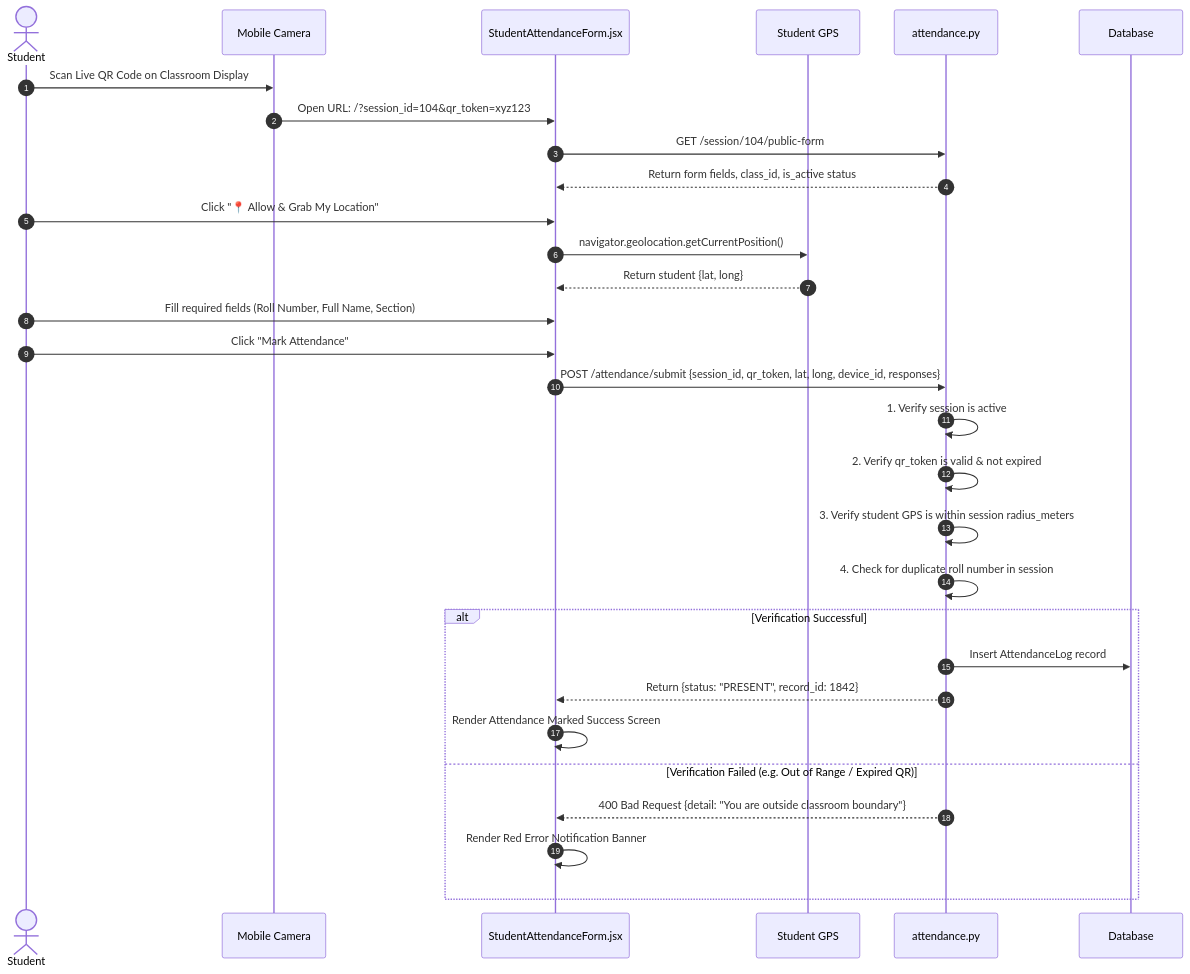
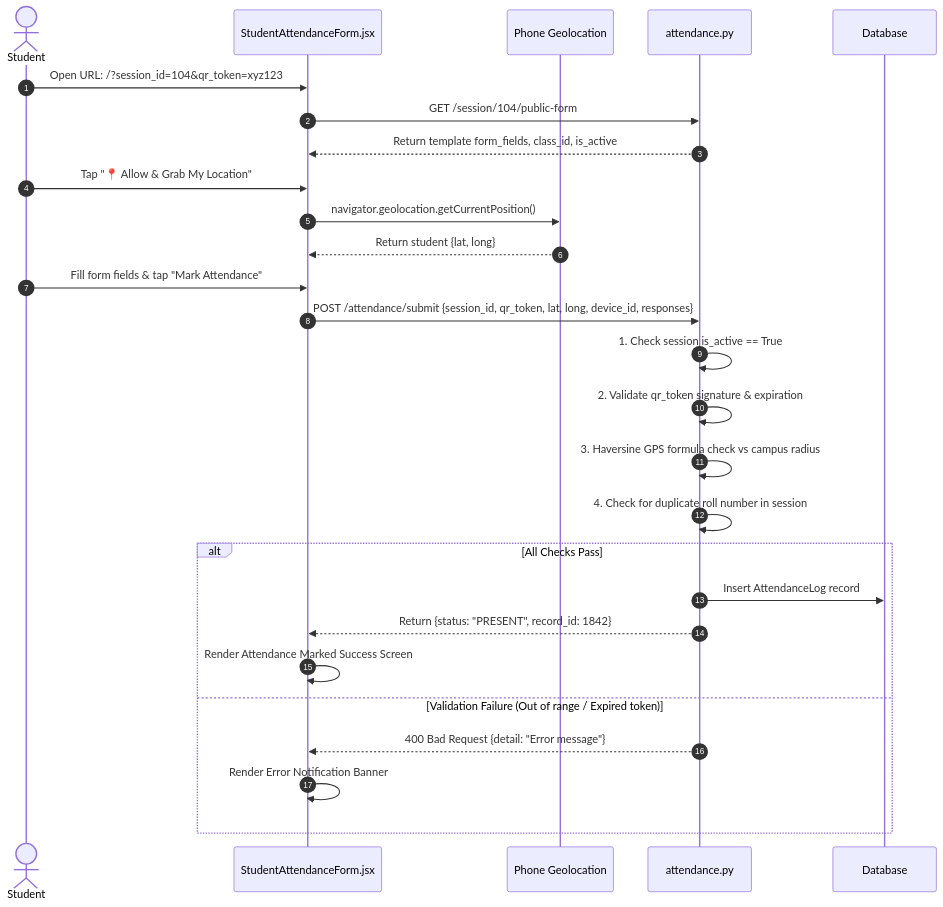
One commit to Arjunpurwar2005/qr-code-generator changed the third of 4 diagrams in WIRE_FRAMES_AND_USER_FLOW.md. Above: the diagram before and after it, drawn with Mermaid. The commit also changed other lines of this file, not shown here.

Commit message:
Refactor WIRE_FRAMES_AND_USER_FLOW.md to follow 14-section UX specification format with strict separation of User and Technical flows

````diff
--- a/WIRE_FRAMES_AND_USER_FLOW.md
+++ b/WIRE_FRAMES_AND_USER_FLOW.md
@@ -517,35 +694,32 @@
 ```mermaid
 sequenceDiagram
     autonumber
     actor Student
-    participant Cam as Mobile Camera
     participant FE as StudentAttendanceForm.jsx
-    participant GPS as Student GPS
+    participant GPS as Phone Geolocation
     participant BE as attendance.py
     participant DB as Database
 
-    Student->>Cam: Scan Live QR Code on Classroom Display
-    Cam->>FE: Open URL: /?session_id=104&qr_token=xyz123
+    Student->>FE: Open URL: /?session_id=104&qr_token=xyz123
     FE->>BE: GET /session/104/public-form
-    BE-->>FE: Return form fields, class_id, is_active status
-    Student->>FE: Click "📍 Allow & Grab My Location"
+    BE-->>FE: Return template form_fields, class_id, is_active
+    Student->>FE: Tap "📍 Allow & Grab My Location"
     FE->>GPS: navigator.geolocation.getCurrentPosition()
     GPS-->>FE: Return student {lat, long}
-    Student->>FE: Fill required fields (Roll Number, Full Name, Section)
-    Student->>FE: Click "Mark Attendance"
+    Student->>FE: Fill form fields & tap "Mark Attendance"
     FE->>BE: POST /attendance/submit {session_id, qr_token, lat, long, device_id, responses}
     
-    BE->>BE: 1. Verify session is active
-    BE->>BE: 2. Verify qr_token is valid & not expired
-    BE->>BE: 3. Verify student GPS is within session radius_meters
+    BE->>BE: 1. Check session is_active == True
+    BE->>BE: 2. Validate qr_token signature & expiration
+    BE->>BE: 3. Haversine GPS formula check vs campus radius
     BE->>BE: 4. Check for duplicate roll number in session
     
-    alt Verification Successful
+    alt All Checks Pass
         BE->>DB: Insert AttendanceLog record
         BE-->>FE: Return {status: "PRESENT", record_id: 1842}
         FE->>FE: Render Attendance Marked Success Screen
-    else Verification Failed (e.g. Out of Range / Expired QR)
-        BE-->>FE: 400 Bad Request {detail: "You are outside classroom boundary"}
-        FE->>FE: Render Red Error Notification Banner
+    else Validation Failure (Out of range / Expired token)
+        BE-->>FE: 400 Bad Request {detail: "Error message"}
+        FE->>FE: Render Error Notification Banner
     end
 ```
````
